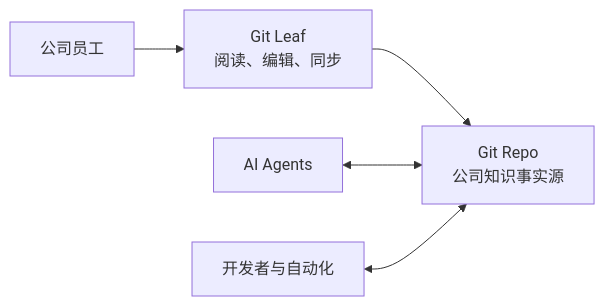
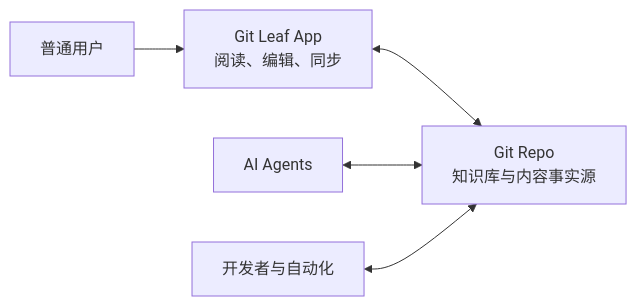
One commit to ArrowYing/git-leaf changed the diagram in marketing/positioning.zh-CN.md. Above: the diagram before and after it, drawn with Mermaid. The commit also changed other lines of this file and 14 other files, not shown here.

````diff
--- a/marketing/positioning.zh-CN.md
+++ b/marketing/positioning.zh-CN.md
@@ -52,7 +34,7 @@
 ```mermaid
 flowchart LR
-    H["公司员工"] --> GL["Git Leaf<br/>阅读、编辑、同步"]
-    GL --> G["Git Repo<br/>公司知识事实源"]
+    H["普通用户"] --> GL["Git Leaf App<br/>阅读、编辑、同步"]
+    GL <--> G["Git Repo<br/>知识库与内容事实源"]
     A["AI Agents"] <--> G
     D["开发者与自动化"] <--> G
 ```
````
